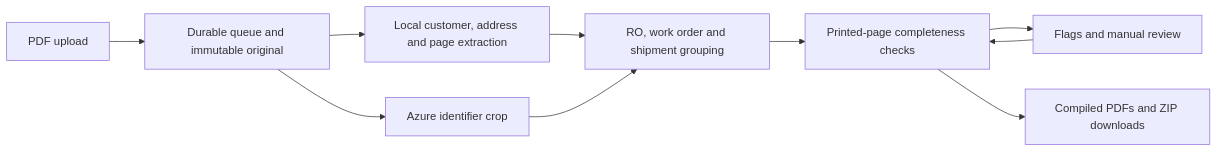
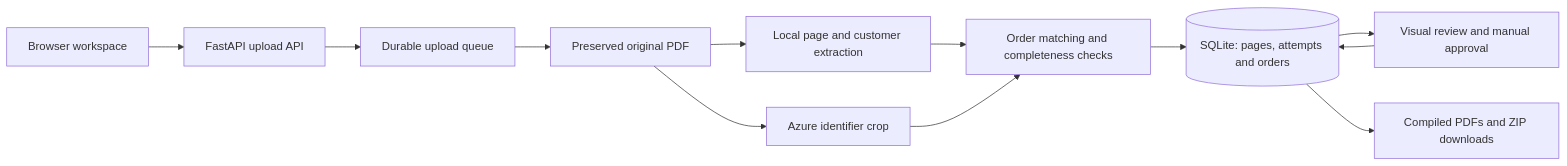
Before and after one commit to andres-linero/object-character-recognition-ocr: the diagram in README.md, drawn with Mermaid. The commit also changed other lines of this file and 62 other files, not shown here.

````diff
--- a/README.md
+++ b/README.md
@@ -102,12 +43,14 @@
 ```mermaid
 flowchart LR
-    A[PDF upload] --> B[Durable queue and immutable original]
-    B --> C[Local customer, address and page extraction]
-    B --> D[Azure identifier crop]
-    C --> E[RO, work order and shipment grouping]
-    D --> E
-    E --> F[Printed-page completeness checks]
-    F --> G[Flags and manual review]
-    F --> H[Compiled PDFs and ZIP downloads]
-    G --> F
+    UI[Browser workspace] --> API[FastAPI upload API]
+    API --> Queue[Durable upload queue]
+    Queue --> Original[Preserved original PDF]
+    Original --> Local[Local page and customer extraction]
+    Original --> Azure[Azure identifier crop]
+    Local --> Match[Order matching and completeness checks]
+    Azure --> Match
+    Match --> SQL[(SQLite: pages, attempts and orders)]
+    SQL --> Review[Visual review and manual approval]
+    Review --> SQL
+    SQL --> Output[Compiled PDFs and ZIP downloads]
 ```
````
